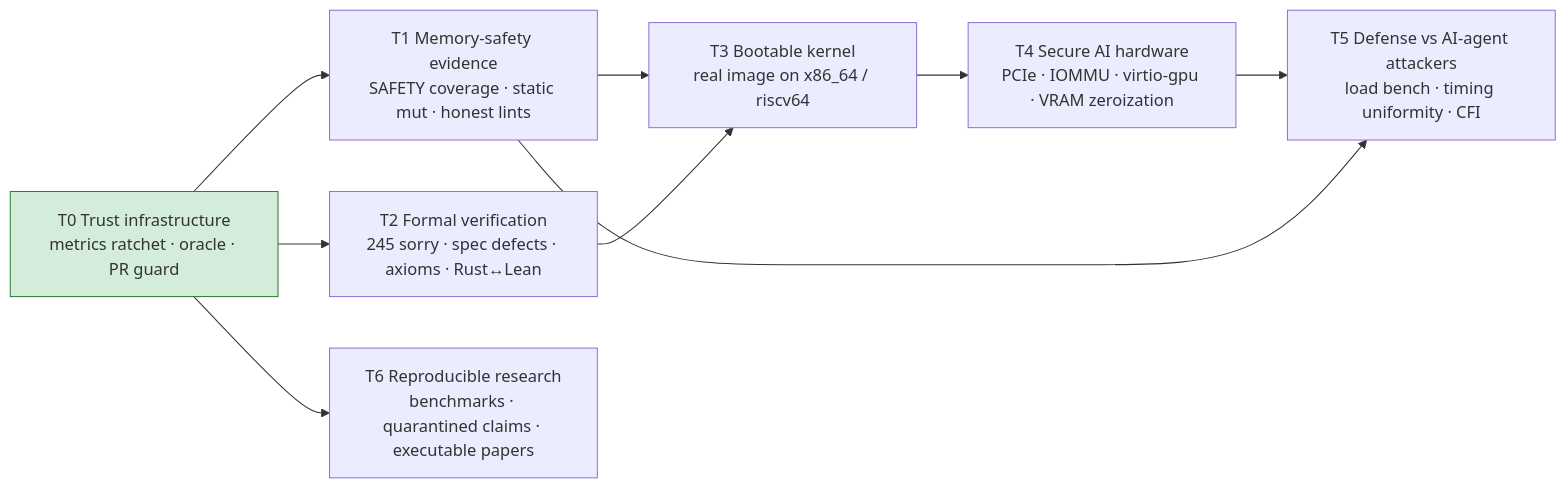
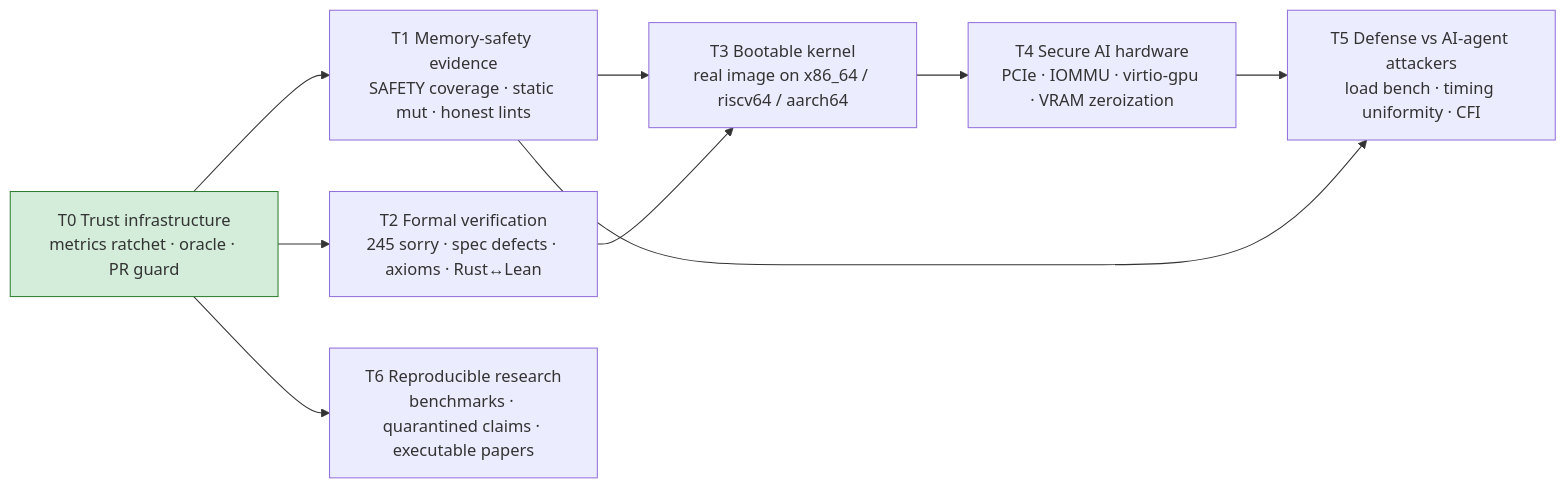
One commit to xaviercallens/rust-linux-mini-kernel changed the diagram in ROADMAP.md. Above: the diagram before and after it, drawn with Mermaid. The commit also changed other lines of this file and 13 other files, not shown here.

````diff
--- a/ROADMAP.md
+++ b/ROADMAP.md
@@ -10,16 +10,16 @@
 ```mermaid
 flowchart LR
   T0["T0 Trust infrastructure<br/>metrics ratchet · oracle · PR guard"]:::done
   T1["T1 Memory-safety evidence<br/>SAFETY coverage · static mut · honest lints"]
   T2["T2 Formal verification<br/>245 sorry · spec defects · axioms · Rust↔Lean"]
-  T3["T3 Bootable kernel<br/>real image on x86_64 / riscv64"]
+  T3["T3 Bootable kernel<br/>real image on x86_64 / riscv64 / aarch64"]
   T4["T4 Secure AI hardware<br/>PCIe · IOMMU · virtio-gpu · VRAM zeroization"]
   T5["T5 Defense vs AI-agent attackers<br/>load bench · timing uniformity · CFI"]
   T6["T6 Reproducible research<br/>benchmarks · quarantined claims · executable papers"]
   T0 --> T1 & T2 & T6
   T1 --> T3
   T2 --> T3
   T3 --> T4 --> T5
   T1 --> T5
   classDef done fill:#d4edda,stroke:#2e7d32;
 ```
````
